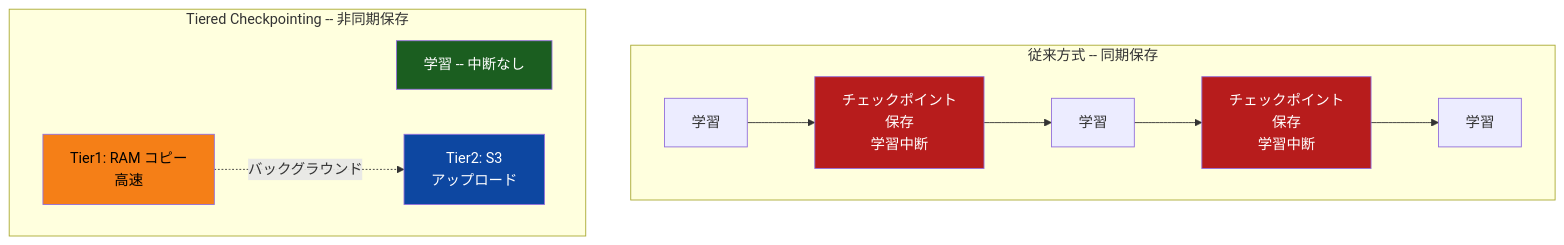
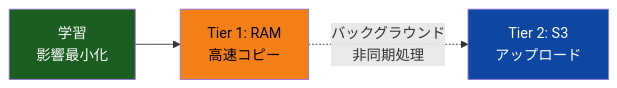
Before and after one commit to littlemex/zenn: the third of 7 diagrams in articles/98e6a7acbac32e.md, drawn with Mermaid. The commit also changed other lines of this file, not shown here.

````diff
--- a/articles/98e6a7acbac32e.md
+++ b/articles/98e6a7acbac32e.md
@@ -115,19 +116,9 @@
 ```mermaid
-graph TB
-    subgraph "従来方式 -- 同期保存"
-        direction LR
-        A1["学習"] --> A2["チェックポイント<br/>保存<br/>学習中断"] --> A3["学習"] --> A4["チェックポイント<br/>保存<br/>学習中断"] --> A5["学習"]
-    end
+graph LR
+    B1["学習<br/>影響最小化"] --> B2["Tier 1: RAM<br/>高速コピー"]
+    B2 -.->|"バックグラウンド<br/>非同期処理"| B3["Tier 2: S3<br/>アップロード"]
 
-    subgraph "Tiered Checkpointing -- 非同期保存"
-        direction LR
-        B1["学習 -- 中断なし"]
-        B2["Tier1: RAM コピー<br/>高速"] -.->|"バックグラウンド"| B3["Tier2: S3<br/>アップロード"]
-    end
-
-    style A2 fill: #b71c1c,color: #ffffff
-    style A4 fill: #b71c1c,color: #ffffff
     style B1 fill: #1b5e20,color: #ffffff
     style B2 fill: #f57f17,color: #000000
     style B3 fill: #0d47a1,color: #ffffff
 ```
````
